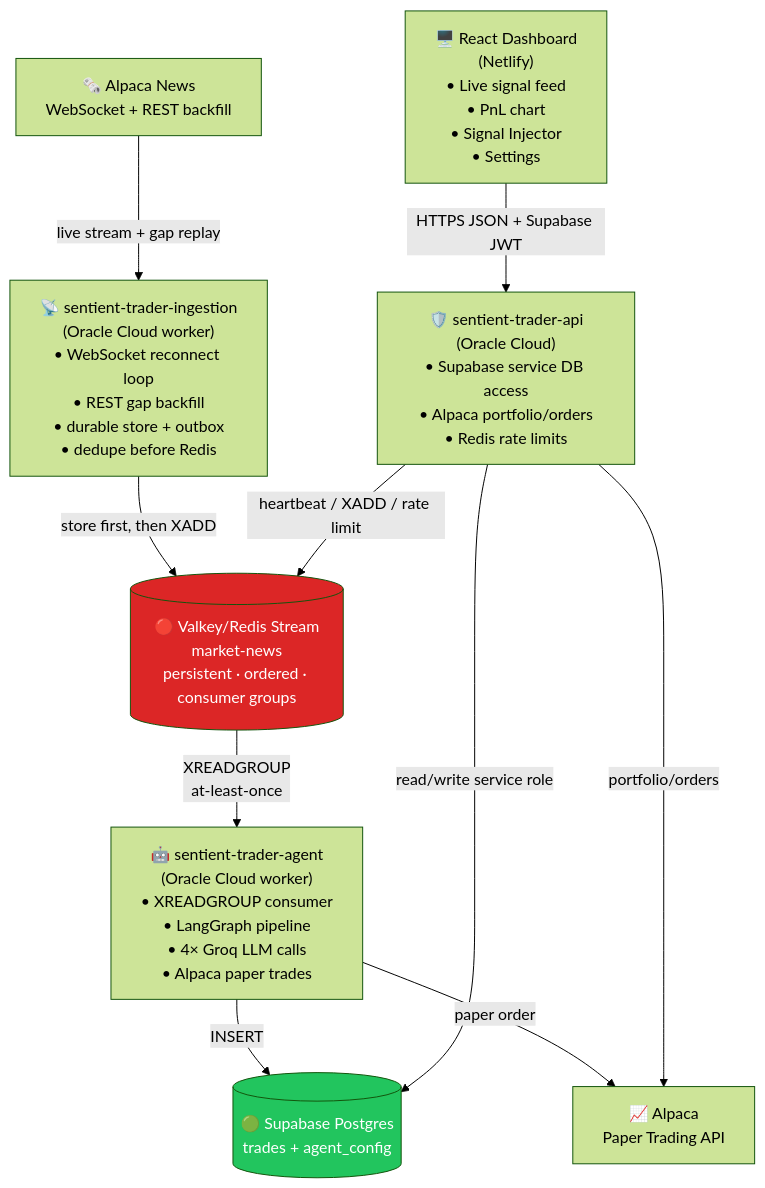
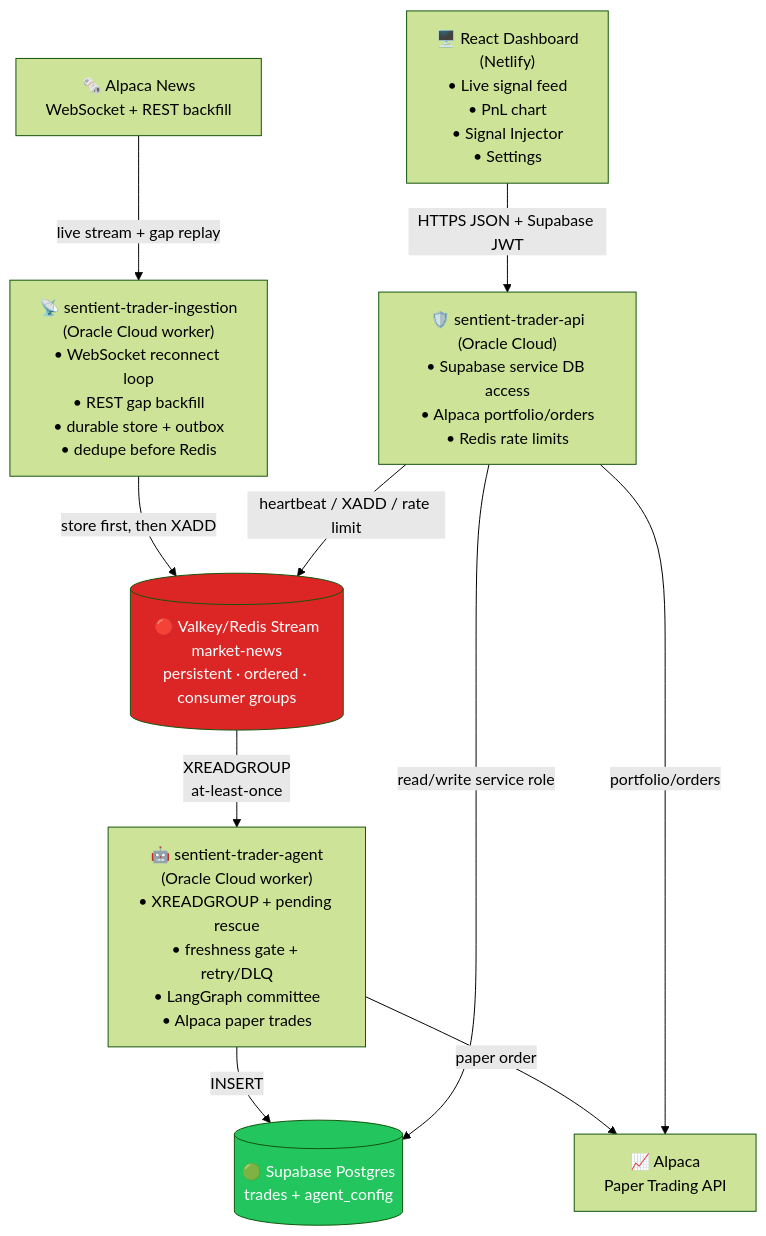
Before and after one commit to sundeep-dayalan/sentient-trader: the first of 4 diagrams in README.md, drawn with Mermaid (forest theme). The commit also changed other lines of this file and 8 other files, not shown here.

Commit message:
refactor: implement Redis stream reliability with XAUTOCLAIM rescue, retry/DLQ logic, and updated configuration gates

````diff
--- a/README.md
+++ b/README.md
@@ -46,24 +46,24 @@
 ```mermaid
 graph TD
     A["🗞️ Alpaca News\nWebSocket + REST backfill"]
     B["📡 sentient-trader-ingestion\n(Oracle Cloud worker)\n• WebSocket reconnect loop\n• REST gap backfill\n• durable store + outbox\n• dedupe before Redis"]
     C[("🔴 Valkey/Redis Stream\nmarket-news\npersistent · ordered · consumer groups")]
-    D["🤖 sentient-trader-agent\n(Oracle Cloud worker)\n• XREADGROUP consumer\n• LangGraph pipeline\n• 4× Groq LLM calls\n• Alpaca paper trades"]
+    D["🤖 sentient-trader-agent\n(Oracle Cloud worker)\n• XREADGROUP + pending rescue\n• freshness gate + retry/DLQ\n• LangGraph committee\n• Alpaca paper trades"]
     E[("🟢 Supabase Postgres\ntrades + agent_config")]
     F["🖥️ React Dashboard\n(Netlify)\n• Live signal feed\n• PnL chart\n• Signal Injector\n• Settings"]
     G["📈 Alpaca\nPaper Trading API"]
     H["🛡️ sentient-trader-api\n(Oracle Cloud)\n• Supabase service DB access\n• Alpaca portfolio/orders\n• Redis rate limits"]
 
     A -->|"live stream + gap replay"| B
     B -->|"store first, then XADD"| C
     C -->|"XREADGROUP\nat-least-once"| D
     D -->|"INSERT"| E
     D -->|"paper order"| G
     F -->|"HTTPS JSON + Supabase JWT"| H
     H -->|"read/write service role"| E
     H -->|"portfolio/orders"| G
     H -->|"heartbeat / XADD / rate limit"| C
 
     style C fill:#dc2626,color:#fff
     style E fill:#22c55e,color:#fff
 ```
````
